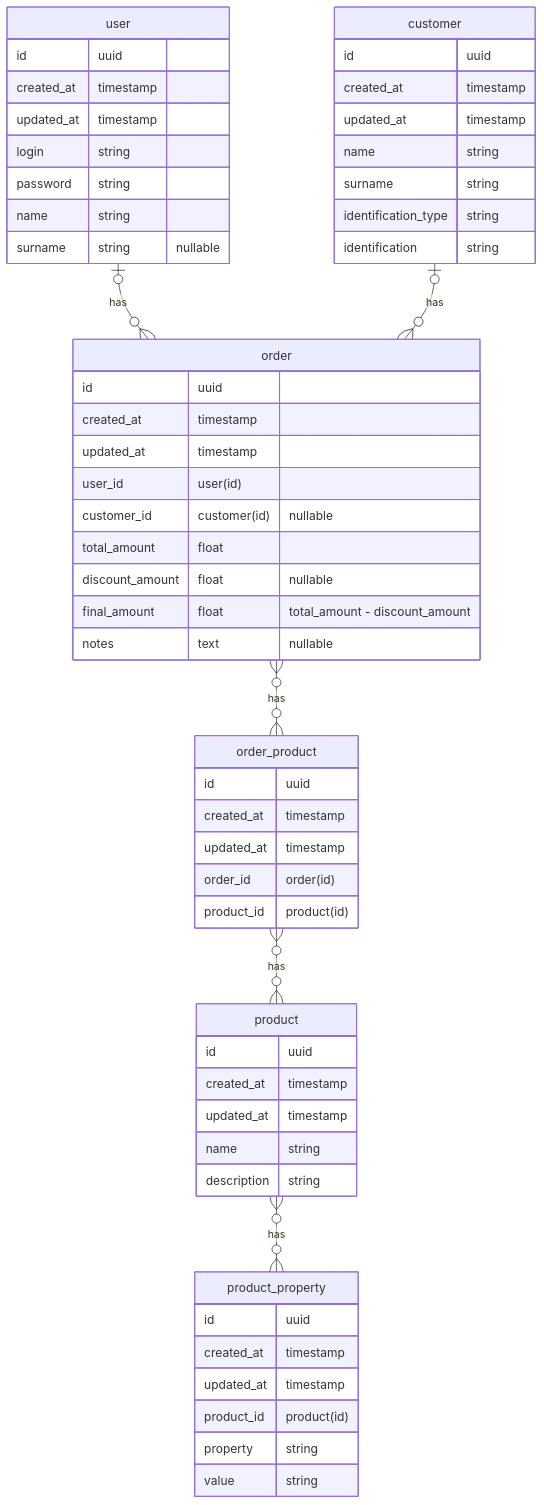
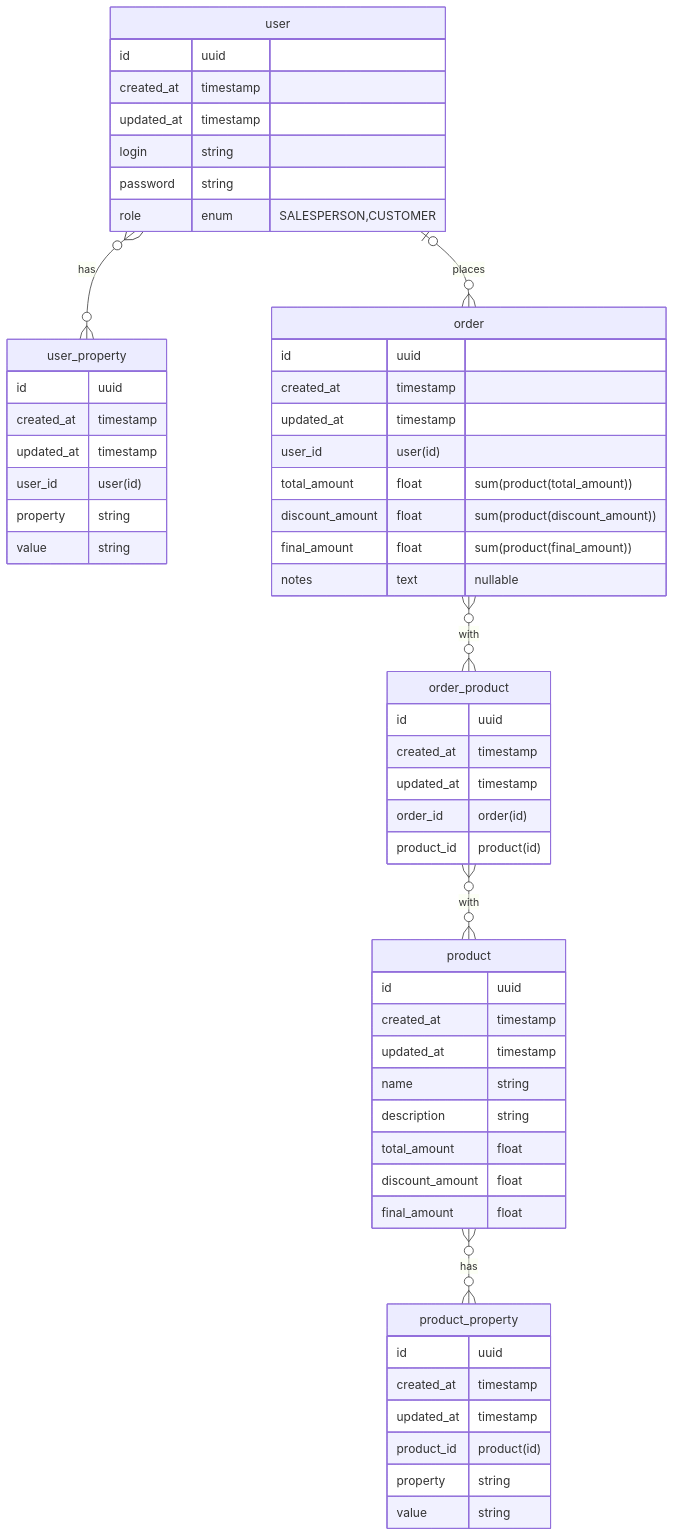
The diagram in README.md (gustapinto/elixir-orders), drawn with Mermaid before and after one commit. The commit also changed other lines of this file, not shown here.

````diff
--- a/README.md
+++ b/README.md
@@ -5,65 +5,65 @@
 ```mermaid
-erDiagram
+erDiagram     
     user {
         id uuid
         created_at timestamp
         updated_at timestamp
         login string
         password string
-        name string
-        surname string "nullable"
+        role enum "SALESPERSON,CUSTOMER" 
+    }
+
+    user_property {
+        id uuid
+        created_at timestamp
+        updated_at timestamp
+        user_id user(id)
+        property string
+        value string
     }
 
     order {
         id uuid
         created_at timestamp
         updated_at timestamp
         user_id user(id)
-        customer_id customer(id) "nullable"
-        total_amount float
-        discount_amount float "nullable"
-        final_amount float "total_amount - discount_amount"
+        total_amount float "sum(product(total_amount))"
+        discount_amount float "sum(product(discount_amount))"
+        final_amount float "sum(product(final_amount))"
         notes text "nullable"
     }
 
     product {
         id uuid
         created_at timestamp
         updated_at timestamp
         name string
         description string
+        total_amount float
+        discount_amount float
+        final_amount float
     }
 
     product_property {
         id uuid
         created_at timestamp
         updated_at timestamp
         product_id product(id)
         property string
         value string
     }
 
     order_product {
         id uuid
         created_at timestamp
         updated_at timestamp
         order_id order(id)
         product_id product(id)
     }
 
-    customer {
-        id uuid
-        created_at timestamp
-        updated_at timestamp
-        name string
-        surname string
-        identification_type string
-        identification string
-    }
-
-    user |o--o{ order: "has"
-    customer |o--o{ order: "has"
-    order }o--o{ order_product: "has"
-    order_product }o--o{ product: "has"
+    user |o--o{ order: "places"   
+    order }o--o{ order_product: "with"
+    order_product }o--o{ product: "with"
     product }o--o{ product_property: "has"
+    user }o--o{ user_property: "has"
 ```
````
